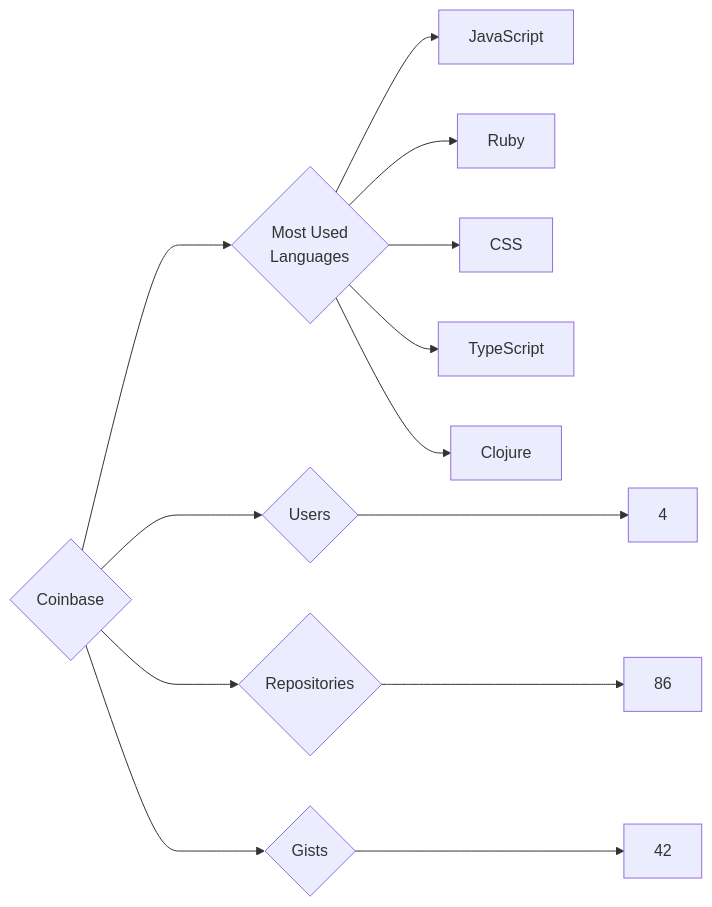
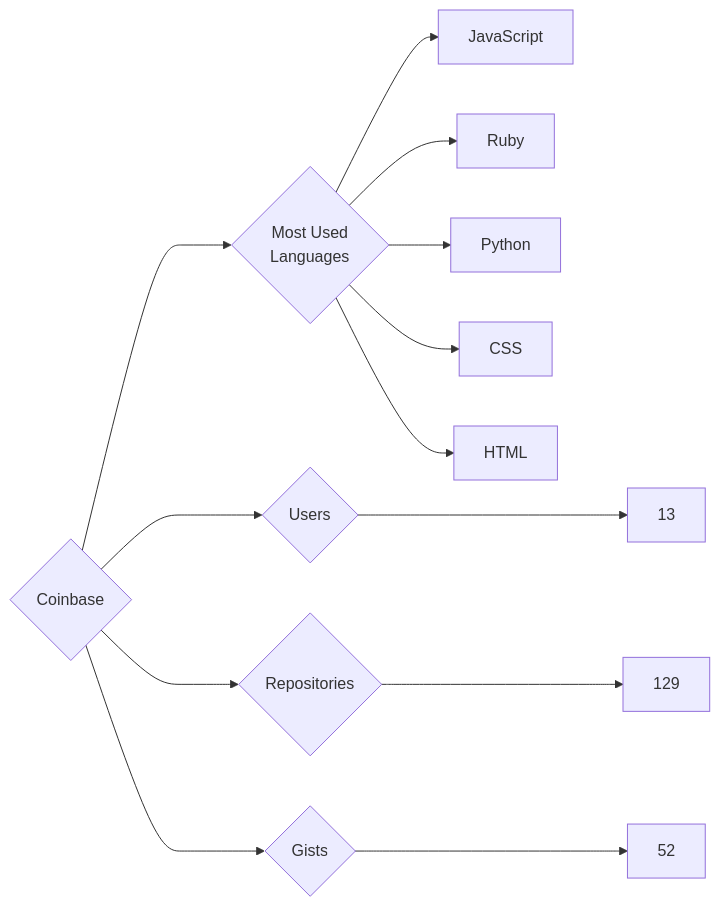
One commit to trickest/insiders changed the diagram in targets/Coinbase/README.md. Above: the diagram before and after it, drawn with Mermaid. The commit also changed 944 other files, not shown here.

````diff
--- a/targets/Coinbase/README.md
+++ b/targets/Coinbase/README.md
@@ -3,13 +3,13 @@
 ```mermaid
 graph LR
 COMPANY_NAME{Coinbase}
-COMPANY_NAME ---> U{Users} ---> UN[4]
-COMPANY_NAME ---> R{Repositories} ---> RN[86]
-COMPANY_NAME ---> G{Gists} ---> GN[42]
+COMPANY_NAME ---> U{Users} ---> UN[13]
+COMPANY_NAME ---> R{Repositories} ---> RN[129]
+COMPANY_NAME ---> G{Gists} ---> GN[52]
 COMPANY_NAME ---> ML{Most Used<br>Languages}
 ML --> JavaScript[JavaScript]
 ML --> Ruby[Ruby]
+ML --> Python[Python]
 ML --> CSS[CSS]
-ML --> TypeScript[TypeScript]
-ML --> Clojure[Clojure]
+ML --> HTML[HTML]
 ```
````
